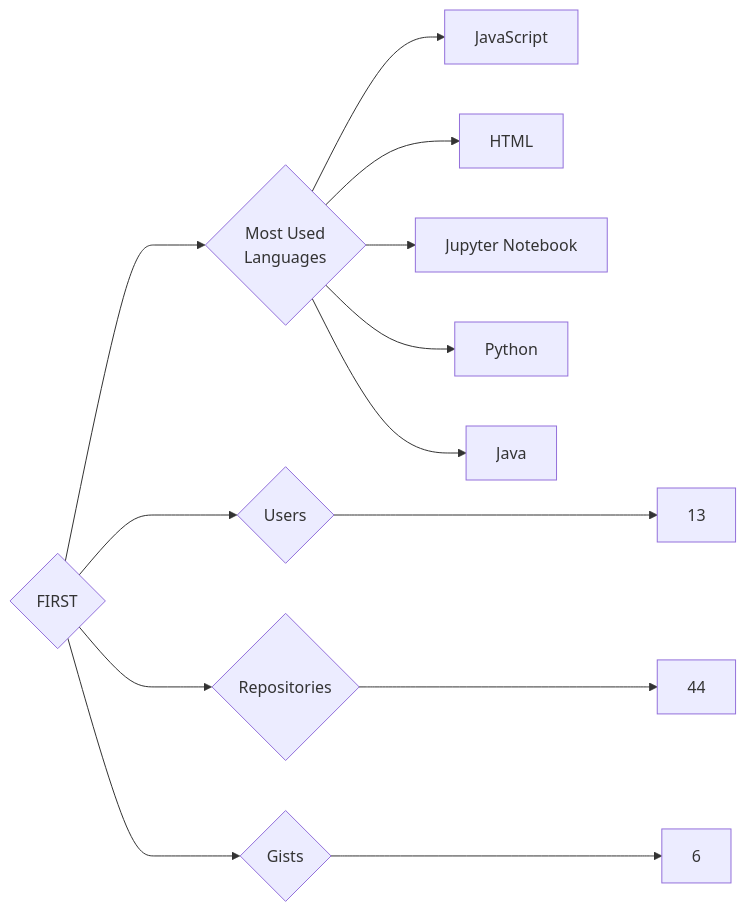
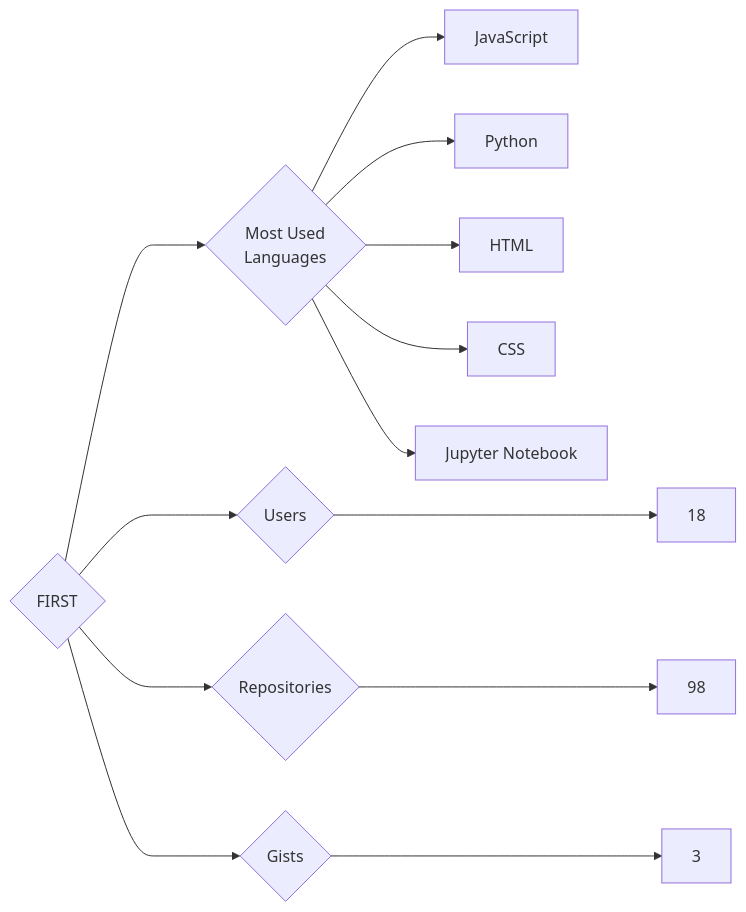
Before and after one commit to trickest/insiders: the diagram in targets/FIRST/README.md, drawn with Mermaid. The commit also changed 639 other files, not shown here.

````diff
--- a/targets/FIRST/README.md
+++ b/targets/FIRST/README.md
@@ -3,13 +3,13 @@
 ```mermaid
 graph LR
 COMPANY_NAME{FIRST}
-COMPANY_NAME ---> U{Users} ---> UN[13]
-COMPANY_NAME ---> R{Repositories} ---> RN[44]
-COMPANY_NAME ---> G{Gists} ---> GN[6]
+COMPANY_NAME ---> U{Users} ---> UN[18]
+COMPANY_NAME ---> R{Repositories} ---> RN[98]
+COMPANY_NAME ---> G{Gists} ---> GN[3]
 COMPANY_NAME ---> ML{Most Used<br>Languages}
 ML --> JavaScript[JavaScript]
+ML --> Python[Python]
 ML --> HTML[HTML]
+ML --> CSS[CSS]
 ML --> Jupyter_Notebook[Jupyter Notebook]
-ML --> Python[Python]
-ML --> Java[Java]
 ```
````
